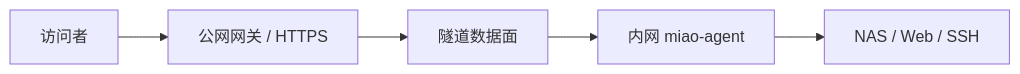
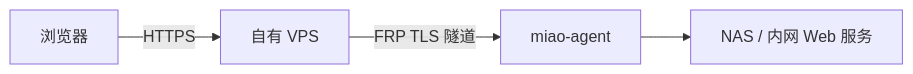
The diagram in README.md (bocmiao/MiaoTunnel), drawn with Mermaid before and after one commit. The commit also changed other lines of this file and 8 other files, not shown here.

````diff
--- a/README.md
+++ b/README.md
@@ -47,7 +18,6 @@
 ```mermaid
 flowchart LR
-    U["访问者"] --> G["公网网关 / HTTPS"]
-    G --> T["隧道数据面"]
-    T --> A["内网 miao-agent"]
-    A --> S["NAS / Web / SSH"]
+    User["浏览器"] -->|HTTPS| Gateway["自有 VPS"]
+    Gateway -->|FRP TLS 隧道| Agent["miao-agent"]
+    Agent --> App["NAS / 内网 Web 服务"]
 ```
````
